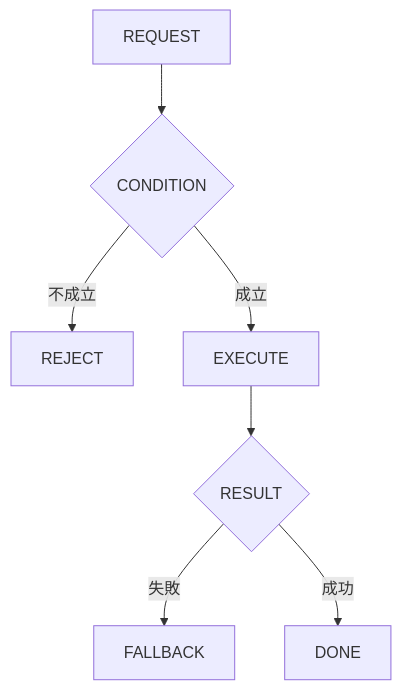
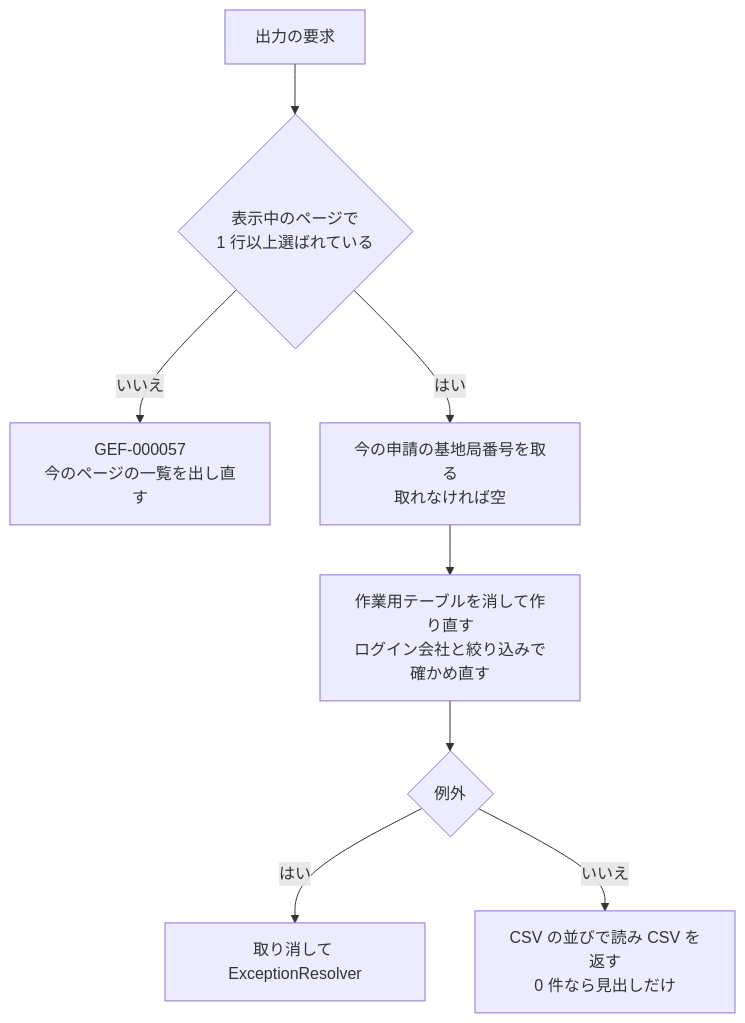
Before and after one commit to masato-teramoto/Wing: the third of 3 diagrams in specs/contract-info-download/design.md, drawn with Mermaid. The commit also changed other lines of this file and 52 other files, not shown here.

````diff
--- a/specs/contract-info-download/design.md
+++ b/specs/contract-info-download/design.md
@@ -334,9 +494,10 @@
 ```mermaid
 flowchart TD
-    A[REQUEST] --> B{CONDITION}
-    B -- 不成立 --> C[REJECT]
-    B -- 成立 --> D[EXECUTE]
-    D --> E{RESULT}
-    E -- 失敗 --> F[FALLBACK]
-    E -- 成功 --> G[DONE]
+    A[出力の要求] --> B{表示中のページで<br/>1 行以上選ばれている}
+    B -- いいえ --> X1[GEF-000057<br/>今のページの一覧を出し直す]
+    B -- はい --> C[今の申請の基地局番号を取る<br/>取れなければ空]
+    C --> D[作業用テーブルを消して作り直す<br/>ログイン会社と絞り込みで確かめ直す]
+    D --> E{例外}
+    E -- はい --> X2[取り消して ExceptionResolver]
+    E -- いいえ --> F[CSV の並びで読み CSV を返す<br/>0 件なら見出しだけ]
 ```
````
